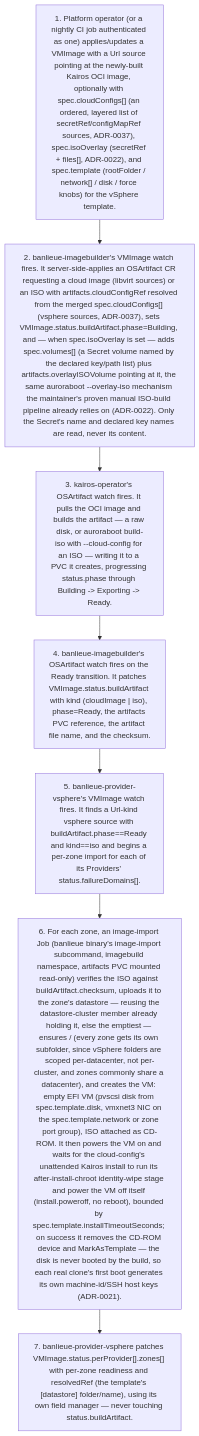
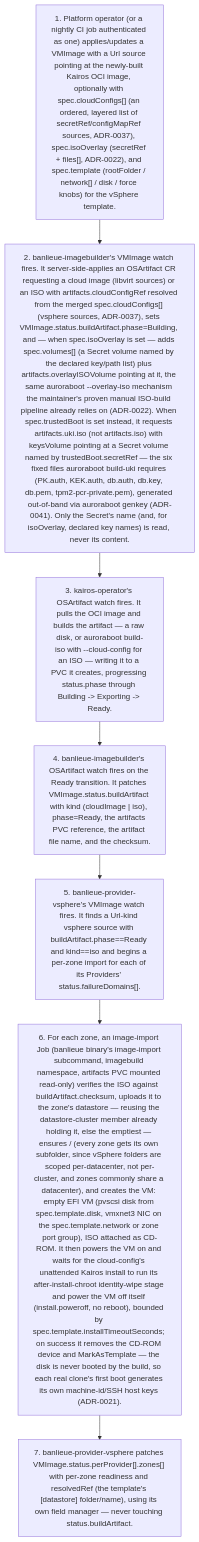
One commit to firestoned/banlieue changed the fifth of 8 diagrams in docs/src/architecture/flows.md. Above: the diagram before and after it, drawn with Mermaid. The commit also changed 37 other files, not shown here.

Commit message:
Add support for trusted boot in vmimage and thus OSArtifact (#42)

````diff
--- a/docs/src/architecture/flows.md
+++ b/docs/src/architecture/flows.md
@@ -101,11 +101,11 @@
 ```mermaid
 flowchart TD
     t1["1. Platform operator (or a nightly CI job authenticated as one) applies/updates a VMImage with a Url source pointing at the newly-built Kairos OCI image, optionally with spec.cloudConfigs[] (an ordered, layered list of secretRef/configMapRef sources, ADR-0037), spec.isoOverlay (secretRef + files[], ADR-0022), and spec.template (rootFolder / network[] / disk / force knobs) for the vSphere template."]
-    t2["2. banlieue-imagebuilder's VMImage watch fires. It server-side-applies an OSArtifact CR requesting a cloud image (libvirt sources) or an ISO with artifacts.cloudConfigRef resolved from the merged spec.cloudConfigs[] (vsphere sources, ADR-0037), sets VMImage.status.buildArtifact.phase=Building, and — when spec.isoOverlay is set — adds spec.volumes[] (a Secret volume named by the declared key/path list) plus artifacts.overlayISOVolume pointing at it, the same auroraboot --overlay-iso mechanism the maintainer's proven manual ISO-build pipeline already relies on (ADR-0022). Only the Secret's name and declared key names are read, never its content."]
+    t2["2. banlieue-imagebuilder's VMImage watch fires. It server-side-applies an OSArtifact CR requesting a cloud image (libvirt sources) or an ISO with artifacts.cloudConfigRef resolved from the merged spec.cloudConfigs[] (vsphere sources, ADR-0037), sets VMImage.status.buildArtifact.phase=Building, and — when spec.isoOverlay is set — adds spec.volumes[] (a Secret volume named by the declared key/path list) plus artifacts.overlayISOVolume pointing at it, the same auroraboot --overlay-iso mechanism the maintainer's proven manual ISO-build pipeline already relies on (ADR-0022). When spec.trustedBoot is set instead, it requests artifacts.uki.iso (not artifacts.iso) with keysVolume pointing at a Secret volume named by trustedBoot.secretRef — the six fixed files auroraboot build-uki requires (PK.auth, KEK.auth, db.auth, db.key, db.pem, tpm2-pcr-private.pem), generated out-of-band via auroraboot genkey (ADR-0041). Only the Secret's name (and, for isoOverlay, declared key names) is read, never its content."]
     t3["3. kairos-operator's OSArtifact watch fires. It pulls the OCI image and builds the artifact — a raw disk, or auroraboot build-iso with --cloud-config for an ISO — writing it to a PVC it creates, progressing status.phase through Building -> Exporting -> Ready."]
     t4["4. banlieue-imagebuilder's OSArtifact watch fires on the Ready transition. It patches VMImage.status.buildArtifact with kind (cloudImage | iso), phase=Ready, the artifacts PVC reference, the artifact file name, and the checksum."]
     t5["5. banlieue-provider-vsphere's VMImage watch fires. It finds a Url-kind vsphere source with buildArtifact.phase==Ready and kind==iso and begins a per-zone import for each of its Providers' status.failureDomains[]."]
     t6["6. For each zone, an image-import Job (banlieue binary's image-import subcommand, imagebuild namespace, artifacts PVC mounted read-only) verifies the ISO against buildArtifact.checksum, uploads it to the zone's datastore — reusing the datastore-cluster member already holding it, else the emptiest — ensures <spec.template.rootFolder>/<failure-domain-name> (every zone gets its own subfolder, since vSphere folders are scoped per-datacenter, not per-cluster, and zones commonly share a datacenter), and creates the VM: empty EFI VM (pvscsi disk from spec.template.disk, vmxnet3 NIC on the spec.template.network or zone port group), ISO attached as CD-ROM. It then powers the VM on and waits for the cloud-config's unattended Kairos install to run its after-install-chroot identity-wipe stage and power the VM off itself (install.poweroff, no reboot), bounded by spec.template.installTimeoutSeconds; on success it removes the CD-ROM device and MarkAsTemplate — the disk is never booted by the build, so each real clone's first boot generates its own machine-id/SSH host keys (ADR-0021)."]
     t7["7. banlieue-provider-vsphere patches VMImage.status.perProvider[].zones[] with per-zone readiness and resolvedRef (the template's [datastore] folder/name), using its own field manager — never touching status.buildArtifact."]
     t1 --> t2 --> t3 --> t4 --> t5 --> t6 --> t7
 ```
````
